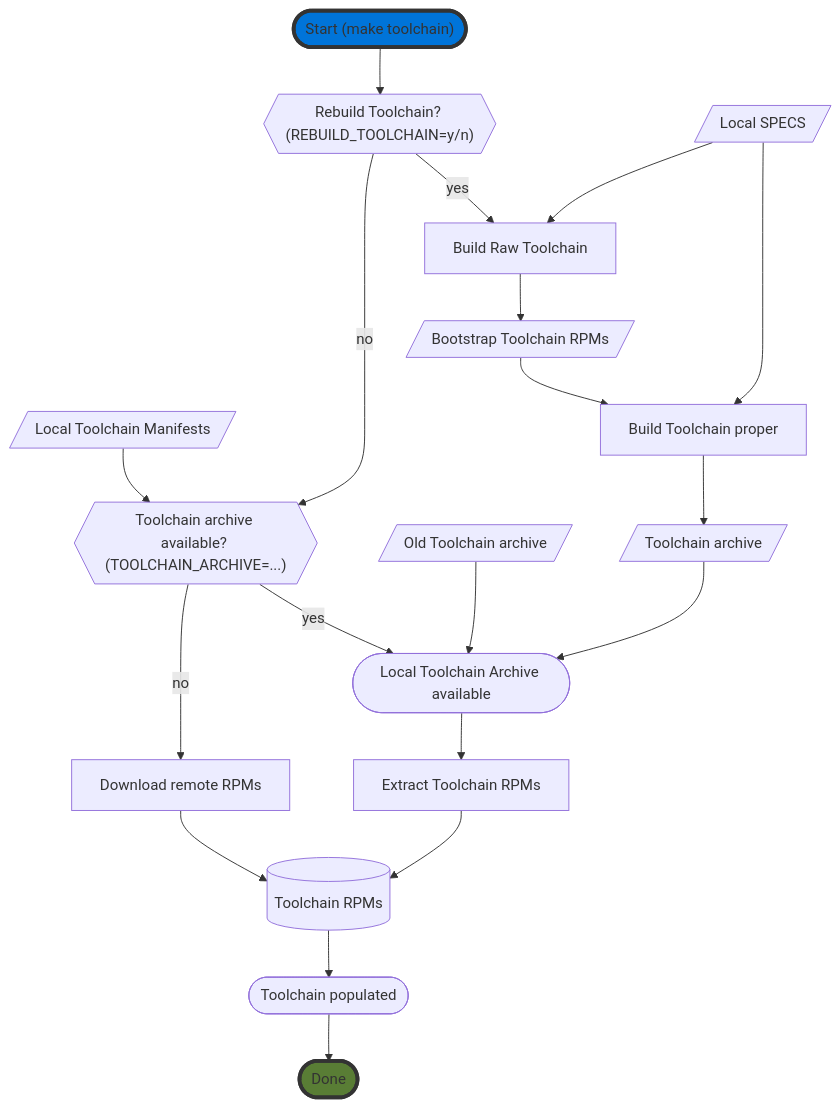
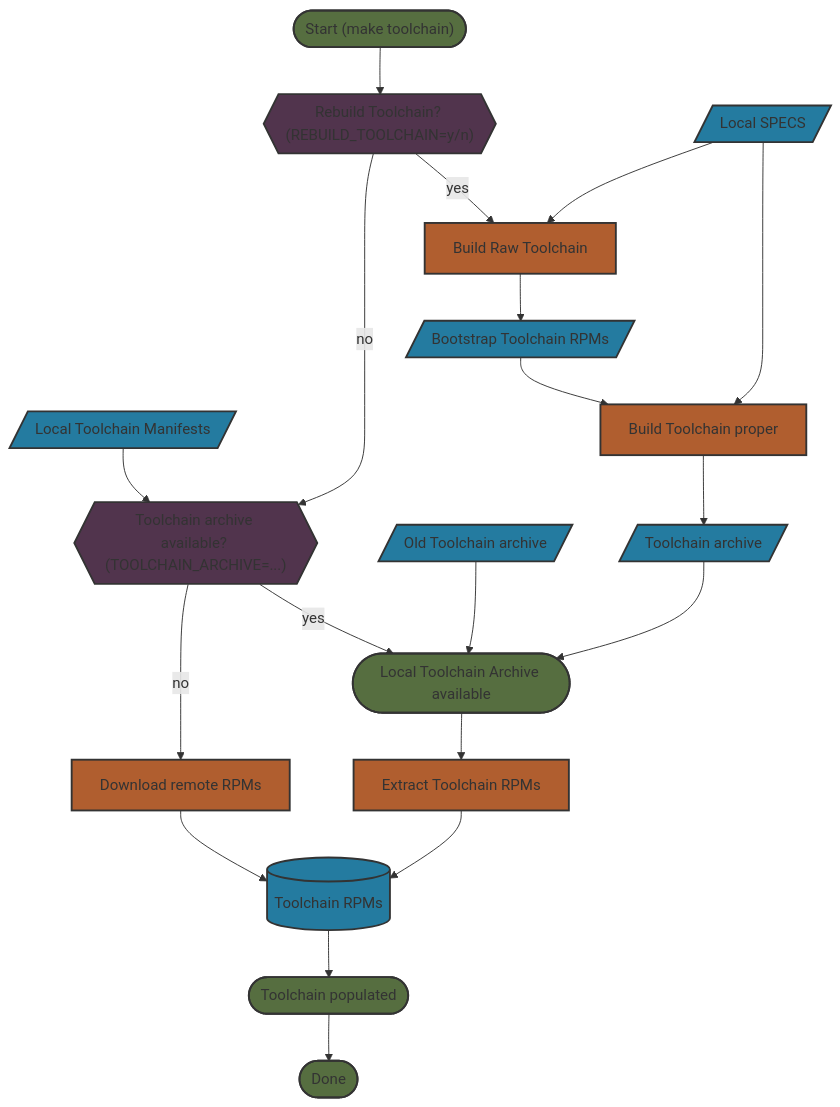
The fourth of 6 diagrams in toolkit/docs/how_it_works/0_intro.md (microsoft/azurelinux), drawn with Mermaid before and after one commit. The commit also changed other lines of this file, not shown here.

````diff
--- a/toolkit/docs/how_it_works/0_intro.md
+++ b/toolkit/docs/how_it_works/0_intro.md
@@ -75,44 +102,50 @@
 ```mermaid
 flowchart TD
-    start(["Start (make toolchain)"])
-    done([Done])
-    style done fill:#597D35,stroke:#333,stroke-width:4px
-    style start fill:#0074D9,stroke:#333,stroke-width:4px
- %% TC nodes
-    tcManifests[/Local Toolchain Manifests/]
-    tcRebuild{{"Rebuild Toolchain? (REBUILD_TOOLCHAIN=y/n)"}}
-    toolchainChoice{{"Toolchain archive available? (TOOLCHAIN_ARCHIVE=...)"}}
-    tcPopulated([Toolchain populated])
-    tcRPMs[(Toolchain RPMs)]
-    tcArchiveOld[/Old Toolchain archive/]
-    tcArchiveNew[/Toolchain archive/]
-    pullTC([Local Toolchain Archive available])
-    hydrateTC[Extract Toolchain RPMs]
-    buildRawTC[Build Raw Toolchain]
-    localSpecs[/Local SPECS/]
-    bsRPMS[/Bootstrap Toolchain RPMs/]
-    buildTC[Build Toolchain proper]
-    pullRemote[Download remote RPMs]
 
-%% TC flow
+    %% style definitions
+    classDef io fill:#247BA0,stroke:#333,stroke-width:2px;
+    classDef process fill:#B05E2F,stroke:#333,stroke-width:2px;
+    classDef decision fill:#51344D,stroke:#333,stroke-width:2px;
+    classDef goodState fill:#566E40,stroke:#333,stroke-width:2px;
+    classDef badState fill:#BC4B51,stroke:#333,stroke-width:2px;
+
+    %% state nodes
+    start(["Start (make toolchain)"]):::goodState
+    done([Done]):::goodState
+
+    %% TC nodes
+    tcManifests[/Local Toolchain Manifests/]:::io
+    tcRebuild{{"Rebuild Toolchain? (REBUILD_TOOLCHAIN=y/n)"}}:::decision
+    toolchainChoice{{"Toolchain archive available? (TOOLCHAIN_ARCHIVE=...)"}}:::decision
+    tcPopulated([Toolchain populated]):::goodState
+    tcRPMs[(Toolchain RPMs)]:::io
+    tcArchiveOld[/Old Toolchain archive/]:::io
+    tcArchiveNew[/Toolchain archive/]:::io
+    pullTC([Local Toolchain Archive available]):::goodState
+    hydrateTC[Extract Toolchain RPMs]:::process
+    buildRawTC[Build Raw Toolchain]:::process
+    localSpecs[/Local SPECS/]:::io
+    bsRPMS[/Bootstrap Toolchain RPMs/]:::io
+    buildTC[Build Toolchain proper]:::process
+    pullRemote[Download remote RPMs]:::process
+
+    %% TC flow
     start --> tcRebuild
     tcRebuild -->|yes| buildRawTC
     tcManifests --> toolchainChoice
     tcRebuild -->|no|toolchainChoice
     toolchainChoice -->|no| pullRemote
     toolchainChoice -->|yes| pullTC 
     pullRemote --> tcRPMs
     pullTC -->hydrateTC
     tcArchiveOld --> pullTC
     hydrateTC --> tcRPMs
-
-    
     localSpecs --> buildRawTC
     buildRawTC --> bsRPMS
     bsRPMS --> buildTC
     localSpecs --> buildTC
     buildTC --> tcArchiveNew
     tcArchiveNew --> pullTC
     tcRPMs-->tcPopulated
     tcPopulated --> done
 ```
````
